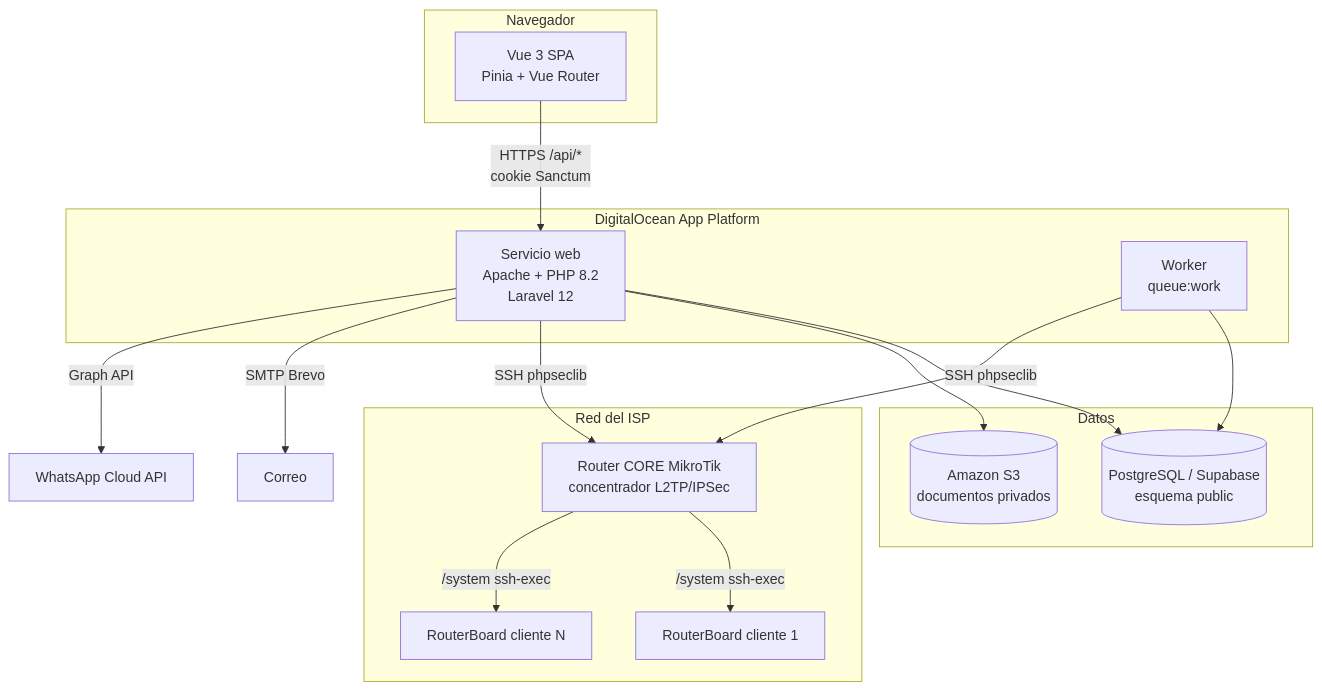
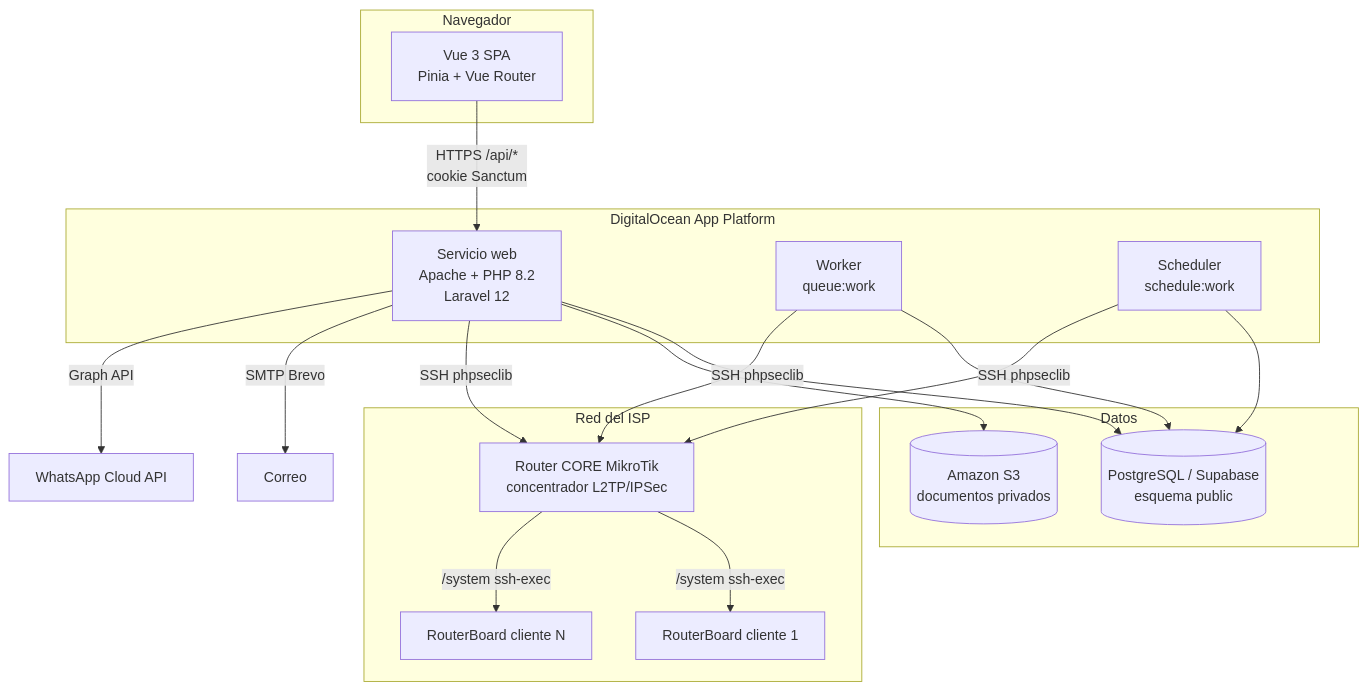
The first of 7 diagrams in docs/ARQUITECTURA.md (ispwatchcol/ISPWatch), drawn with Mermaid before and after one commit. The commit also changed other lines of this file and 50 other files, not shown here.

````diff
--- a/docs/ARQUITECTURA.md
+++ b/docs/ARQUITECTURA.md
@@ -100,33 +100,36 @@
 ```mermaid
 flowchart TB
     subgraph Navegador
         SPA["Vue 3 SPA<br/>Pinia + Vue Router"]
     end
 
     subgraph "DigitalOcean App Platform"
         WEB["Servicio web<br/>Apache + PHP 8.2<br/>Laravel 12"]
         WORKER["Worker<br/>queue:work"]
+        SCHED["Scheduler<br/>schedule:work"]
     end
 
     subgraph Datos
         PG[("PostgreSQL / Supabase<br/>esquema public")]
         S3[("Amazon S3<br/>documentos privados")]
     end
 
     subgraph "Red del ISP"
         CORE["Router CORE MikroTik<br/>concentrador L2TP/IPSec"]
         RB1["RouterBoard cliente 1"]
         RB2["RouterBoard cliente N"]
     end
 
     SPA -->|"HTTPS /api/*<br/>cookie Sanctum"| WEB
     WEB --> PG
     WEB --> S3
     WEB -->|SSH phpseclib| CORE
     WORKER --> PG
     WORKER -->|SSH phpseclib| CORE
+    SCHED --> PG
+    SCHED -->|SSH phpseclib| CORE
     CORE -->|"/system ssh-exec"| RB1
     CORE -->|"/system ssh-exec"| RB2
     WEB -->|SMTP Brevo| MAIL["Correo"]
     WEB -->|Graph API| WA["WhatsApp Cloud API"]
 ```
````
